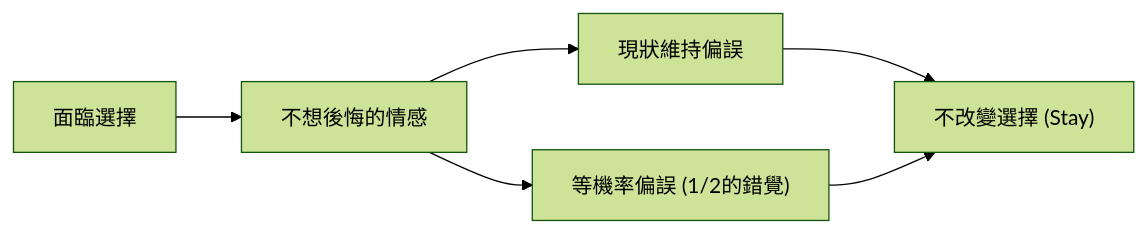
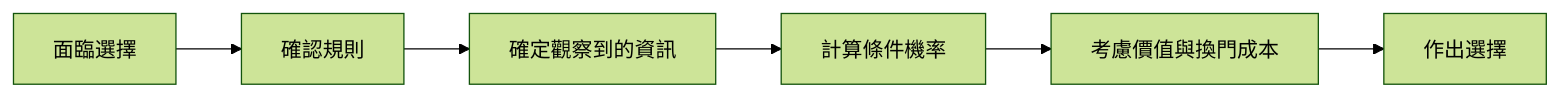
Before and after one commit to kenjinote/blog: the second of 2 diagrams in content/post/paradox-monty-hall-problem/index.zh-tw.md, drawn with Mermaid (forest theme). The commit also changed other lines of this file and 8 other files, not shown here.

````diff
--- a/content/post/paradox-monty-hall-problem/index.zh-tw.md
+++ b/content/post/paradox-monty-hall-problem/index.zh-tw.md
@@ -187,8 +164,8 @@
 ```mermaid
 flowchart LR
-    Situation["面臨選擇"] --> Feeling["不想後悔的情感"]
-    Feeling --> Bias1["現狀維持偏誤"]
-    Feeling --> Bias2["等機率偏誤 (1/2的錯覺)"]
-    Bias1 --> Conclusion["不改變選擇 (Stay)"]
-    Bias2 --> Conclusion
+    Situation["面臨選擇"] --> Rules["確認規則"]
+    Rules --> Observation["確定觀察到的資訊"]
+    Observation --> Posterior["計算條件機率"]
+    Posterior --> Utility["考慮價值與換門成本"]
+    Utility --> Decision["作出選擇"]
 ```
````
